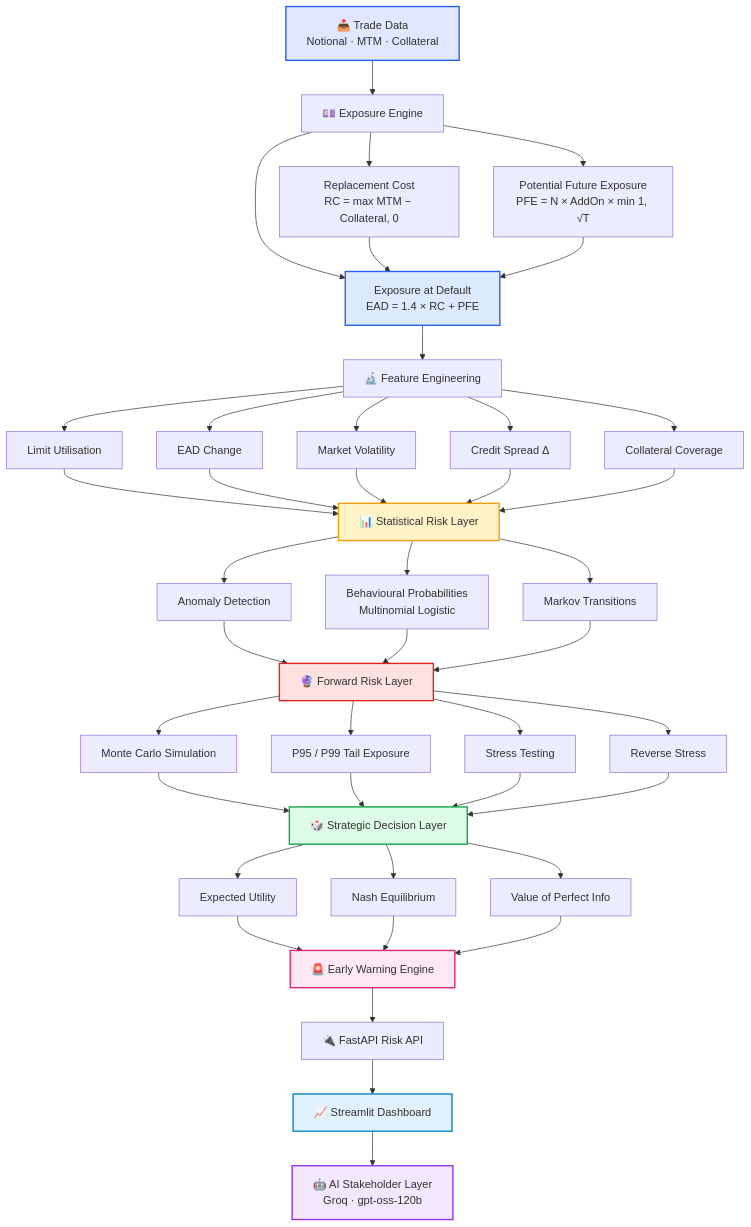
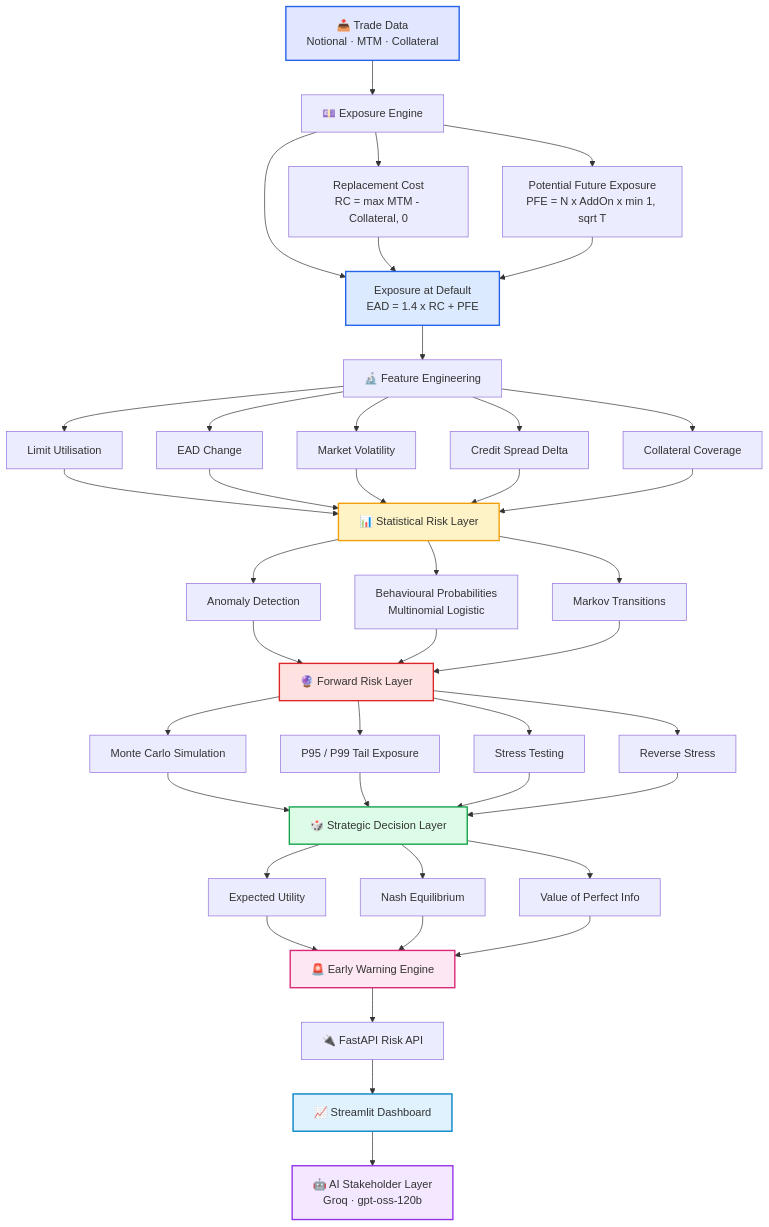
Before and after one commit to Harshithpatali/ccr-game-theory-risk: the first of 9 diagrams in README.md, drawn with Mermaid. The commit also changed other lines of this file, not shown here.

````diff
--- a/README.md
+++ b/README.md
@@ -115,45 +115,57 @@
 ```mermaid
 flowchart TD
     A[📥 Trade Data<br/>Notional · MTM · Collateral] --> B[💷 Exposure Engine]
-    B --> B1[Replacement Cost<br/>RC = max MTM − Collateral, 0]
-    B --> B2[Potential Future Exposure<br/>PFE = N × AddOn × min 1, √T]
-    B --> B3[Exposure at Default<br/>EAD = 1.4 × RC + PFE]
-    B1 & B2 --> B3
+    B --> B1[Replacement Cost<br/>RC = max MTM - Collateral, 0]
+    B --> B2[Potential Future Exposure<br/>PFE = N x AddOn x min 1, sqrt T]
+    B --> B3[Exposure at Default<br/>EAD = 1.4 x RC + PFE]
+    B1 --> B3
+    B2 --> B3
 
     B3 --> C[🔬 Feature Engineering]
     C --> C1[Limit Utilisation]
     C --> C2[EAD Change]
     C --> C3[Market Volatility]
-    C --> C4[Credit Spread Δ]
+    C --> C4[Credit Spread Delta]
     C --> C5[Collateral Coverage]
 
-    C1 & C2 & C3 & C4 & C5 --> D[📊 Statistical Risk Layer]
+    C1 --> D[📊 Statistical Risk Layer]
+    C2 --> D
+    C3 --> D
+    C4 --> D
+    C5 --> D
     D --> D1[Anomaly Detection]
     D --> D2[Behavioural Probabilities<br/>Multinomial Logistic]
     D --> D3[Markov Transitions]
 
-    D1 & D2 & D3 --> E[🔮 Forward Risk Layer]
+    D1 --> E[🔮 Forward Risk Layer]
+    D2 --> E
+    D3 --> E
     E --> E1[Monte Carlo Simulation]
     E --> E2[P95 / P99 Tail Exposure]
     E --> E3[Stress Testing]
     E --> E4[Reverse Stress]
 
-    E1 & E2 & E3 & E4 --> F[🎲 Strategic Decision Layer]
+    E1 --> F[🎲 Strategic Decision Layer]
+    E2 --> F
+    E3 --> F
+    E4 --> F
     F --> F1[Expected Utility]
     F --> F2[Nash Equilibrium]
     F --> F3[Value of Perfect Info]
 
-    F1 & F2 & F3 --> G[🚨 Early Warning Engine]
+    F1 --> G[🚨 Early Warning Engine]
+    F2 --> G
+    F3 --> G
     G --> H[🔌 FastAPI Risk API]
     H --> I[📈 Streamlit Dashboard]
     I --> J[🤖 AI Stakeholder Layer<br/>Groq · gpt-oss-120b]
 
     style A fill:#e0e7ff,stroke:#2563eb,stroke-width:2px
     style B3 fill:#dbeafe,stroke:#2563eb,stroke-width:2px
     style D fill:#fef3c7,stroke:#f59e0b,stroke-width:2px
     style E fill:#fee2e2,stroke:#dc2626,stroke-width:2px
     style F fill:#dcfce7,stroke:#16a34a,stroke-width:2px
     style G fill:#fce7f3,stroke:#db2777,stroke-width:2px
     style I fill:#e0f2fe,stroke:#0284c7,stroke-width:2px
     style J fill:#f3e8ff,stroke:#9333ea,stroke-width:2px
 ```
````
